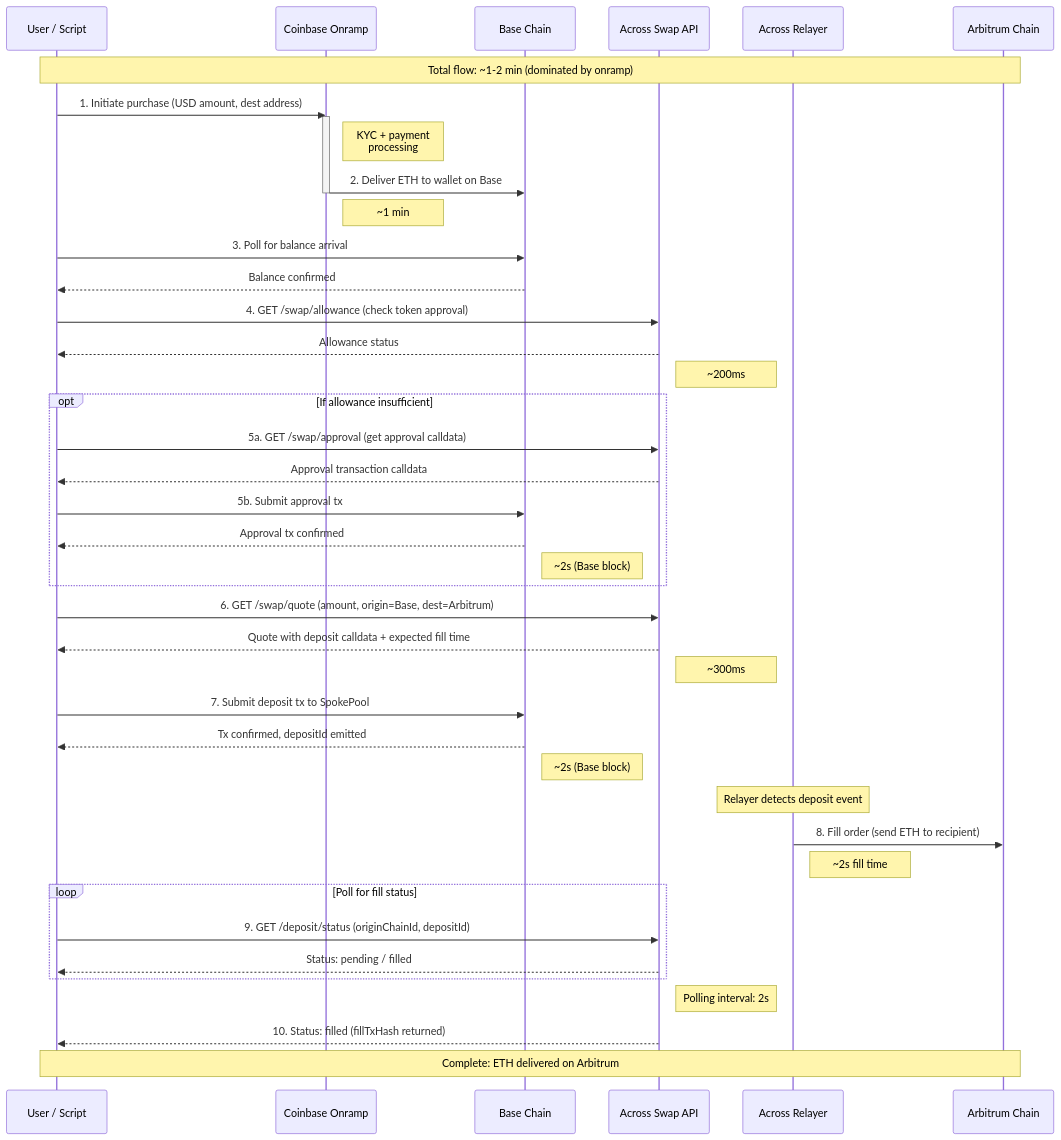
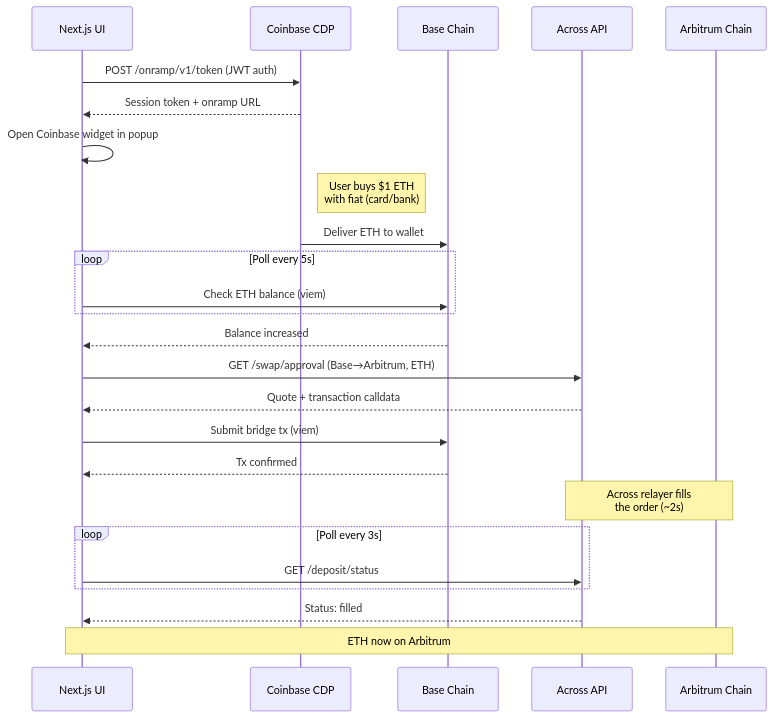
One commit to pranavdaa/across-assignment changed the second of 3 diagrams in docs/architecture.md. Above: the diagram before and after it, drawn with Mermaid. The commit also changed other lines of this file, not shown here.

First line of the commit message:
Simplify architecture diagrams to match actual implementation

````diff
--- a/docs/architecture.md
+++ b/docs/architecture.md
@@ -117,55 +29,35 @@
 ```mermaid
 sequenceDiagram
-    participant User as User / Script
-    participant CB as Coinbase Onramp
+    participant UI as Next.js UI
+    participant CB as Coinbase CDP
     participant Base as Base Chain
-    participant API as Across Swap API
-    participant Relayer as Across Relayer
+    participant Across as Across API
     participant Arb as Arbitrum Chain
 
-    Note over User,Arb: Total flow: ~1-2 min (dominated by onramp)
+    UI->>CB: POST /onramp/v1/token (JWT auth)
+    CB-->>UI: Session token + onramp URL
+    UI->>UI: Open Coinbase widget in popup
+    Note right of CB: User buys $1 ETH<br/>with fiat (card/bank)
 
-    User->>CB: 1. Initiate purchase (USD amount, dest address)
-    activate CB
-    Note right of CB: KYC + payment<br/>processing
-    CB->>Base: 2. Deliver ETH to wallet on Base
-    deactivate CB
-    Note right of CB: ~1 min
+    CB->>Base: Deliver ETH to wallet
 
-    User->>Base: 3. Poll for balance arrival
-    Base-->>User: Balance confirmed
+    loop Poll every 5s
+        UI->>Base: Check ETH balance (viem)
+    end
+    Base-->>UI: Balance increased
 
-    User->>API: 4. GET /swap/allowance (check token approval)
-    API-->>User: Allowance status
-    Note right of API: ~200ms
+    UI->>Across: GET /swap/approval (Base→Arbitrum, ETH)
+    Across-->>UI: Quote + transaction calldata
 
-    opt If allowance insufficient
-        User->>API: 5a. GET /swap/approval (get approval calldata)
-        API-->>User: Approval transaction calldata
-        User->>Base: 5b. Submit approval tx
-        Base-->>User: Approval tx confirmed
-        Note right of Base: ~2s (Base block)
+    UI->>Base: Submit bridge tx (viem)
+    Base-->>UI: Tx confirmed
+
+    Note over Across,Arb: Across relayer fills<br/>the order (~2s)
+
+    loop Poll every 3s
+        UI->>Across: GET /deposit/status
     end
+    Across-->>UI: Status: filled
 
-    User->>API: 6. GET /swap/quote (amount, origin=Base, dest=Arbitrum)
-    API-->>User: Quote with deposit calldata + expected fill time
-    Note right of API: ~300ms
-
-    User->>Base: 7. Submit deposit tx to SpokePool
-    Base-->>User: Tx confirmed, depositId emitted
-    Note right of Base: ~2s (Base block)
-
-    Note over Relayer: Relayer detects deposit event
-
-    Relayer->>Arb: 8. Fill order (send ETH to recipient)
-    Note right of Relayer: ~2s fill time
-
-    loop Poll for fill status
-        User->>API: 9. GET /deposit/status (originChainId, depositId)
-        API-->>User: Status: pending / filled
-    end
-    Note right of API: Polling interval: 2s
-
-    API-->>User: 10. Status: filled (fillTxHash returned)
-    Note over User,Arb: Complete: ETH delivered on Arbitrum
+    Note over UI,Arb: ETH now on Arbitrum
 ```
````
